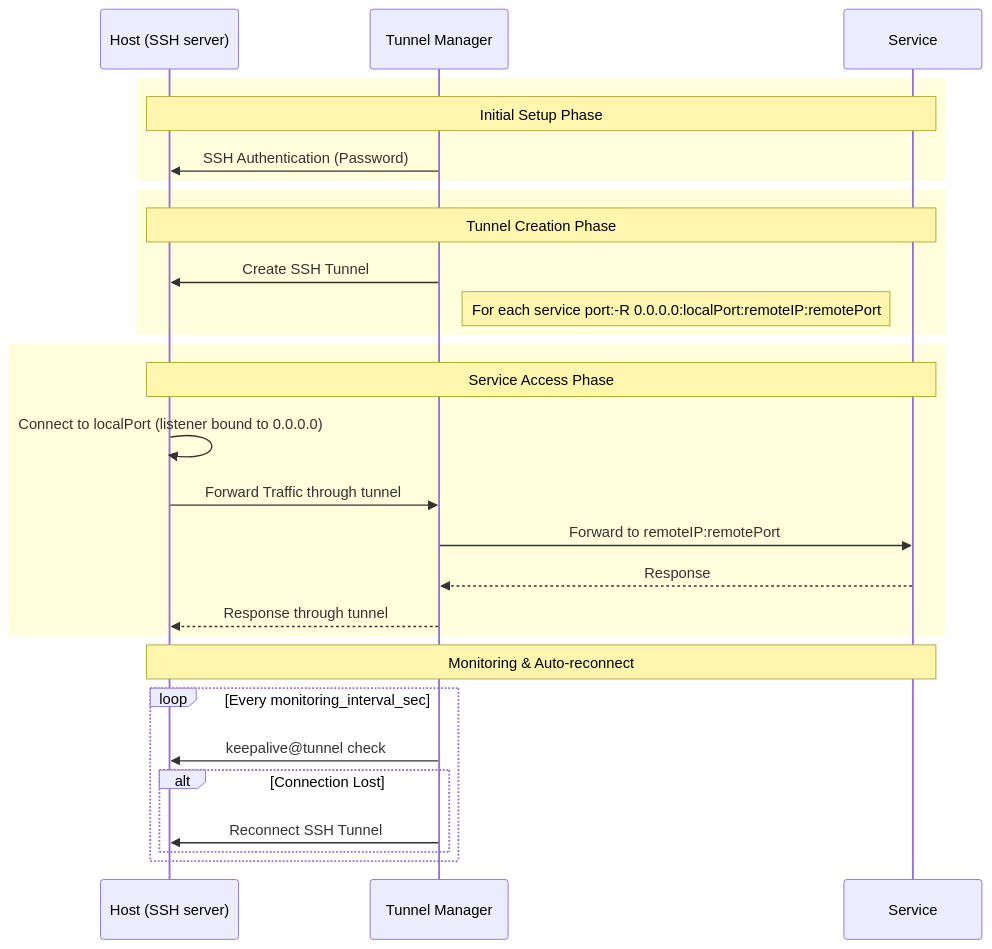
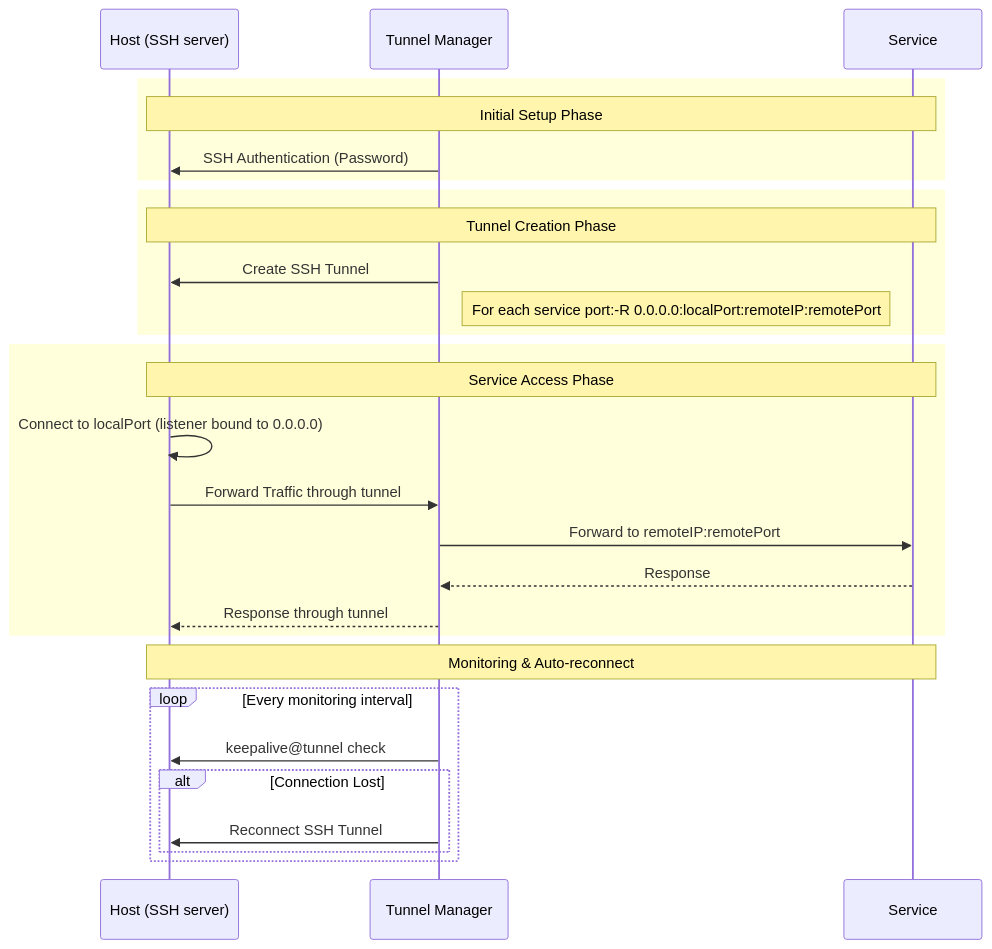
Before and after one commit to jollaman999/tunnel-manager: the diagram in README.md, drawn with Mermaid. The commit also changed other lines of this file and 3 other files, not shown here.

````diff
--- a/README.md
+++ b/README.md
@@ -122,34 +136,34 @@
 ```mermaid
 sequenceDiagram
     participant Host as Host (SSH server)
     participant Bastion as Tunnel Manager
     participant WAS as Service
 
     rect rgb(255, 255, 220)
         Note over Host,WAS: Initial Setup Phase
         Bastion->>Host: SSH Authentication (Password)
     end
 
     rect rgb(255, 255, 220)
         Note over Host,WAS: Tunnel Creation Phase
         Bastion->>Host: Create SSH Tunnel
         Note right of Bastion: For each service port:-R 0.0.0.0:localPort:remoteIP:remotePort
     end
 
     rect rgb(255, 255, 220)
         Note over Host,WAS: Service Access Phase
         Host->>Host: Connect to localPort (listener bound to 0.0.0.0)
         Host->>Bastion: Forward Traffic through tunnel
         Bastion->>WAS: Forward to remoteIP:remotePort
         WAS-->>Bastion: Response
         Bastion-->>Host: Response through tunnel
     end
 
     Note over Host,WAS: Monitoring & Auto-reconnect
-    loop Every monitoring_interval_sec
+    loop Every monitoring interval
         Bastion->>Host: keepalive@tunnel check
         alt Connection Lost
             Bastion->>Host: Reconnect SSH Tunnel
         end
     end
 ```
````
